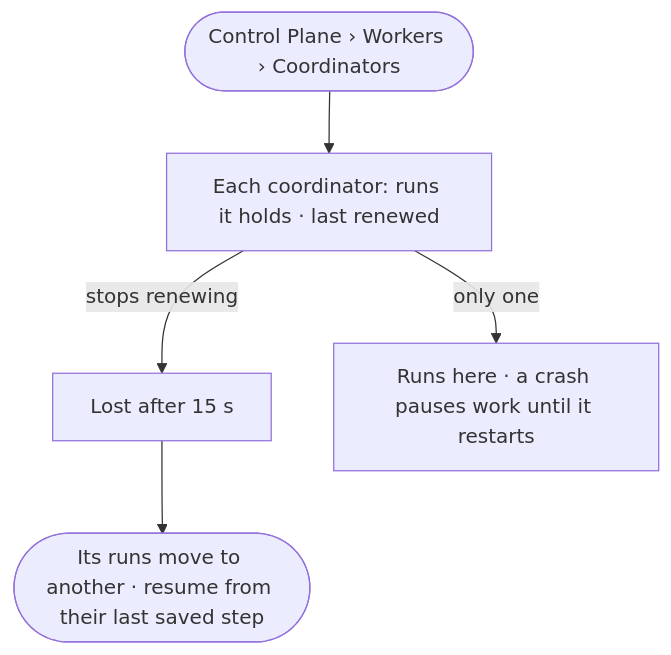
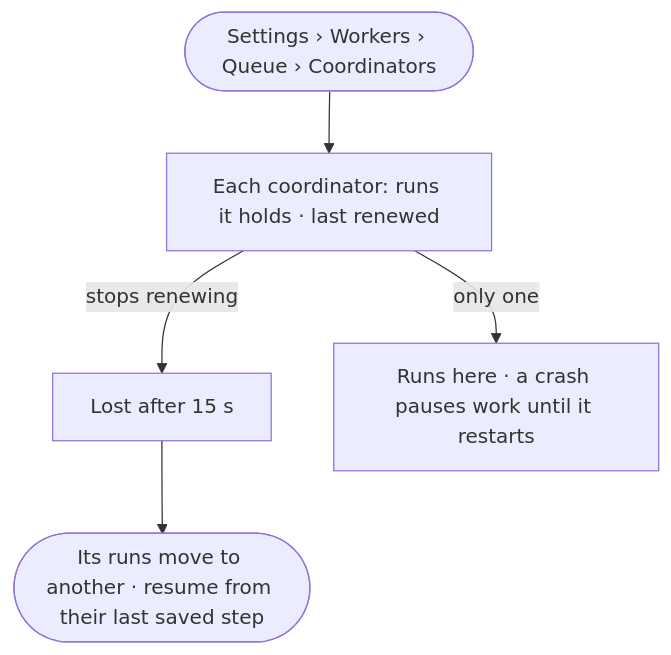
The diagram in specs/os/control/features/CP-F03-workers-and-the-queue/stories/CP-07-a-lost-coordinator-costs-seconds-not-runs/story.md (invana/invana), drawn with Mermaid before and after one commit. The commit also changed other lines of this file and 456 other files, not shown here.

````diff
--- a/specs/os/control/features/CP-F03-workers-and-the-queue/stories/CP-07-a-lost-coordinator-costs-seconds-not-runs/story.md
+++ b/specs/os/control/features/CP-F03-workers-and-the-queue/stories/CP-07-a-lost-coordinator-costs-seconds-not-runs/story.md
@@ -26,7 +26,7 @@
 ```mermaid
 flowchart TD
-  s([Control Plane › Workers › Coordinators]) --> l["Each coordinator: runs it holds · last renewed"]
+  s([Settings › Workers › Queue › Coordinators]) --> l["Each coordinator: runs it holds · last renewed"]
   l -->|stops renewing| lost["Lost after 15 s"]
   lost --> mv(["Its runs move to another · resume from their last saved step"])
   l -->|only one| one["Runs here · a crash pauses work until it restarts"]
 ```
````
